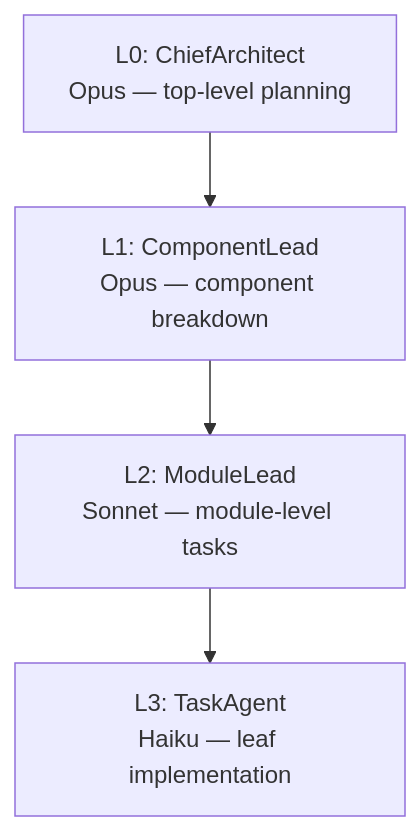
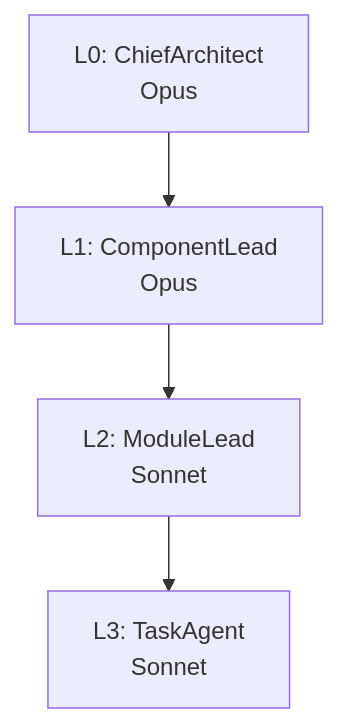
The diagram in AGENTS.md (HomericIntelligence/Agamemnon), drawn with Mermaid before and after one commit. The commit also changed other lines of this file and 1 other file, not shown here.

First line of the commit message:
docs(agents): add AGENTS.md multi-agent coordination reference and drift test (#149)

````diff
--- a/AGENTS.md
+++ b/AGENTS.md
@@ -36,6 +30,6 @@
 ```mermaid
 graph TD
-    L0[L0: ChiefArchitect<br/>Opus — top-level planning] --> L1[L1: ComponentLead<br/>Opus — component breakdown]
-    L1 --> L2[L2: ModuleLead<br/>Sonnet — module-level tasks]
-    L2 --> L3[L3: TaskAgent<br/>Haiku — leaf implementation]
+    L0[L0: ChiefArchitect<br/>Opus] --> L1[L1: ComponentLead<br/>Opus]
+    L1 --> L2[L2: ModuleLead<br/>Sonnet]
+    L2 --> L3[L3: TaskAgent<br/>Sonnet]
 ```
````
